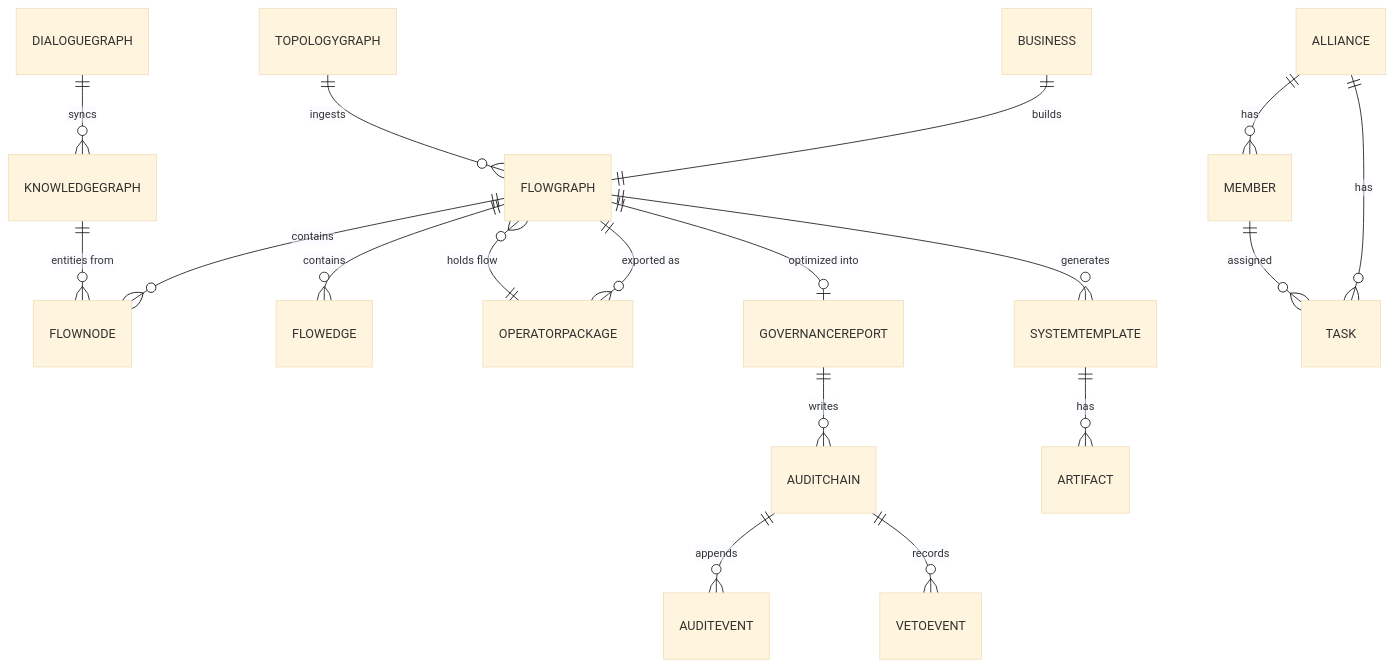
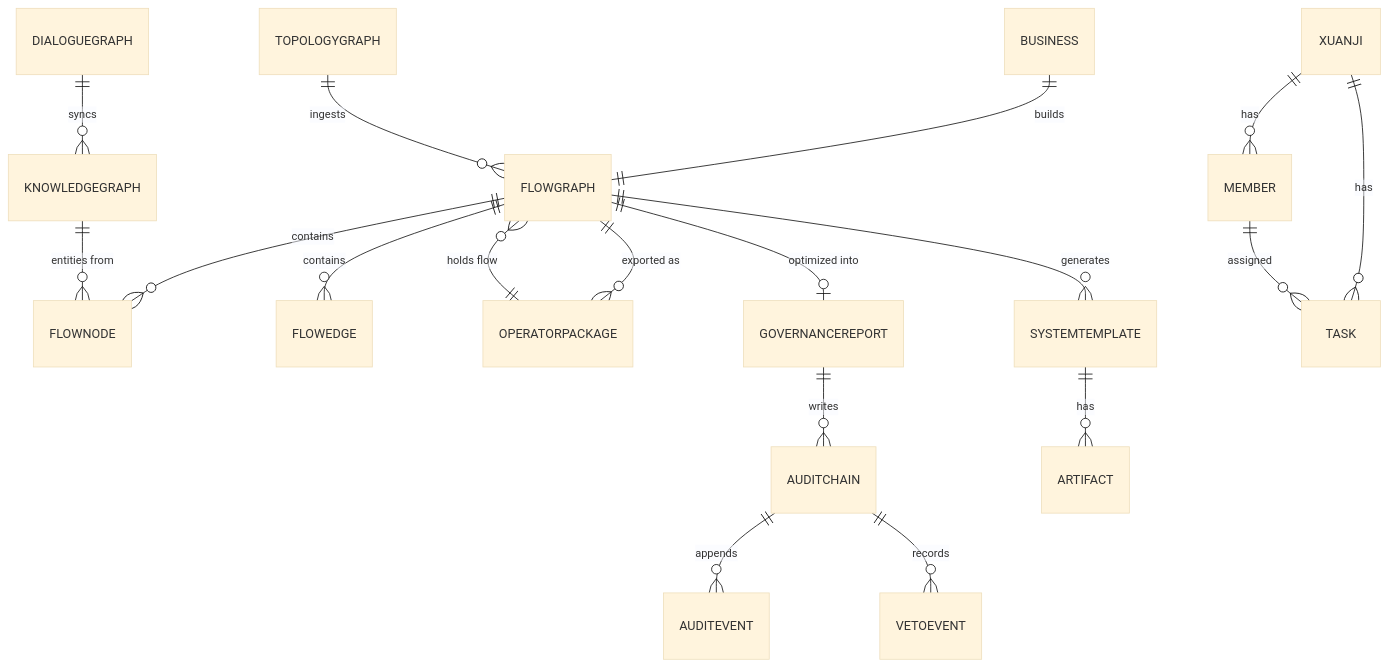
The second of 2 diagrams in OUS-业务功能规划与架构数据关系分析.md (aikjx/mox), drawn with Mermaid (base theme) before and after one commit. The commit also changed other lines of this file and 285 other files, not shown here.

Commit message:
refactor: 重命名 expert-alliance/alliance-system 为 xuanji-expert/xuanji-system

````diff
--- a/OUS-业务功能规划与架构数据关系分析.md
+++ b/OUS-业务功能规划与架构数据关系分析.md
@@ -244,20 +244,20 @@
 ```mermaid
 erDiagram
   FLOWGRAPH ||--o{ FLOWNODE : contains
   FLOWGRAPH ||--o{ FLOWEDGE : contains
   FLOWGRAPH ||--o{ OPERATORPACKAGE : "exported as"
   FLOWGRAPH ||--o{ SYSTEMTEMPLATE : "generates"
   FLOWGRAPH ||--o| GOVERNANCEREPORT : "optimized into"
   GOVERNANCEREPORT ||--o{ AUDITCHAIN : writes
   AUDITCHAIN ||--o{ AUDITEVENT : appends
   AUDITCHAIN ||--o{ VETOEVENT : records
   BUSINESS ||--|| FLOWGRAPH : "builds"
   TOPOLOGYGRAPH ||--o{ FLOWGRAPH : "ingests"
   DIALOGUEGRAPH ||--o{ KNOWLEDGEGRAPH : "syncs"
   KNOWLEDGEGRAPH ||--o{ FLOWNODE : "entities from"
   OPERATORPACKAGE ||--o{ FLOWGRAPH : "holds flow"
   SYSTEMTEMPLATE ||--o{ ARTIFACT : "has"
-  ALLIANCE ||--o{ MEMBER : has
-  ALLIANCE ||--o{ TASK : has
+  XUANJI ||--o{ MEMBER : has
+  XUANJI ||--o{ TASK : has
   MEMBER ||--o{ TASK : assigned
 ```
````
